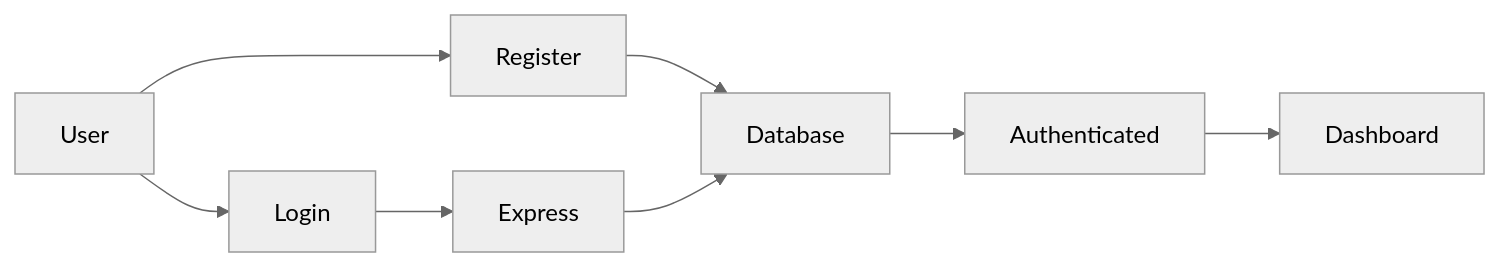
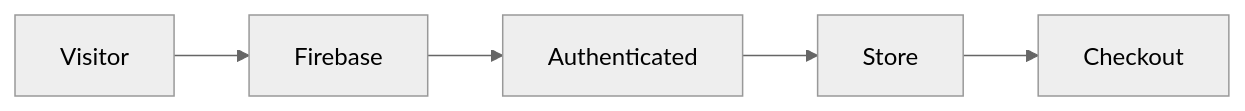
The second of 3 diagrams in README.md (kishky101/crown-clothing), drawn with Mermaid (neutral theme) before and after one commit. The commit also changed other lines of this file, not shown here.

````diff
--- a/README.md
+++ b/README.md
@@ -122,17 +127,13 @@
 ```mermaid
 flowchart LR
 
-User --> Register
+Visitor
 
-Register --> Database
+Visitor --> Firebase
 
-User --> Login
+Firebase --> Authenticated
 
-Login --> Express
+Authenticated --> Store
 
-Express --> Database
-
-Database --> Authenticated
-
-Authenticated --> Dashboard
+Store --> Checkout
 ```
````
